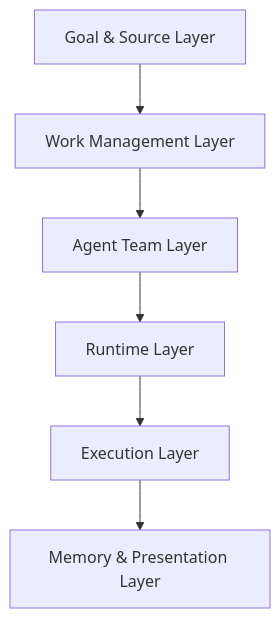
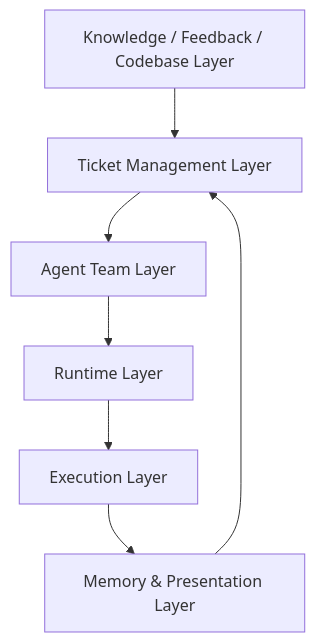
Before and after one commit to Hackerismydream/Ariadne: the first of 5 diagrams in docs/architecture/ARIADNE_V1_ARCHITECTURE.md, drawn with Mermaid. The commit also changed other lines of this file and 26 other files, not shown here.

Commit message:
docs: correct architecture to ticket-centered workbench

````diff
--- a/docs/architecture/ARIADNE_V1_ARCHITECTURE.md
+++ b/docs/architecture/ARIADNE_V1_ARCHITECTURE.md
@@ -51,8 +64,9 @@
 ```mermaid
 flowchart TB
-  A["Goal & Source Layer"] --> B["Work Management Layer"]
+  A["Knowledge / Feedback / Codebase Layer"] --> B["Ticket Management Layer"]
   B --> C["Agent Team Layer"]
   C --> D["Runtime Layer"]
   D --> E["Execution Layer"]
   E --> F["Memory & Presentation Layer"]
+  F --> B
 ```
````
